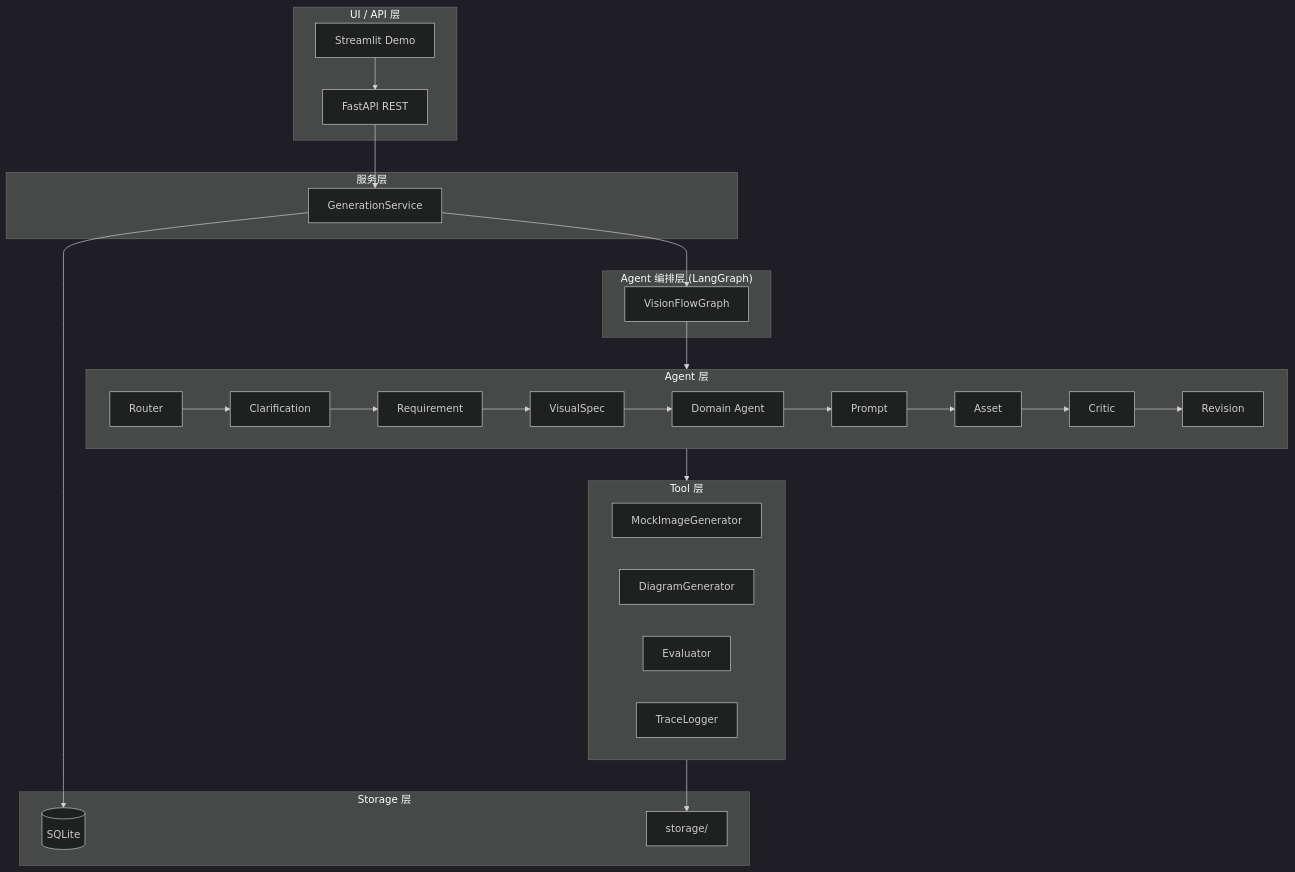
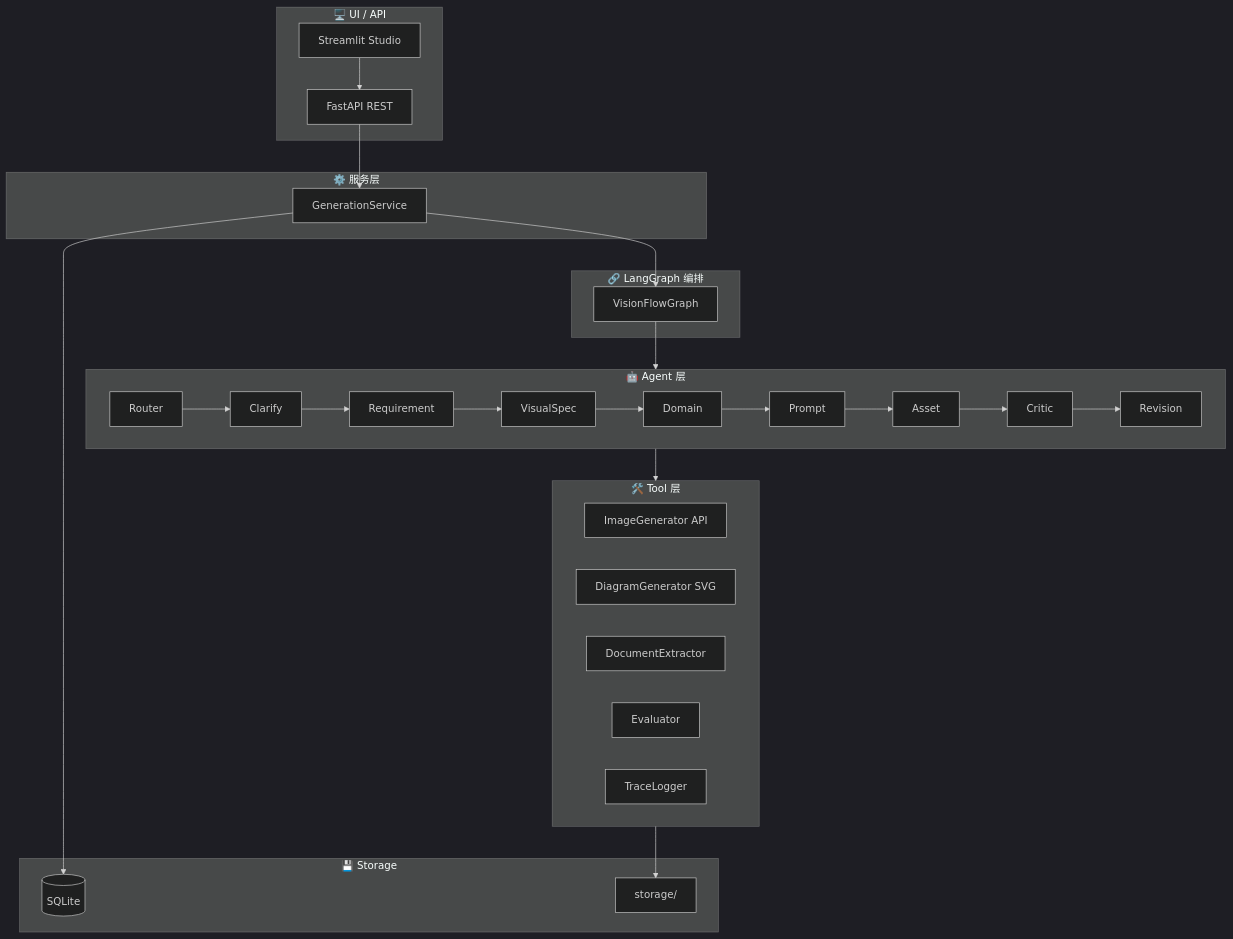
The second of 2 diagrams in README.md (skywalker767/Spec2Vision), drawn with Mermaid (dark theme) before and after one commit. The commit also changed other lines of this file, not shown here.

Commit message:
docs: redesign README for Spec2Vision

````diff
--- a/README.md
+++ b/README.md
@@ -63,46 +153,44 @@
 ```mermaid
 graph TB
-    subgraph UI["UI / API 层"]
-        ST[Streamlit Demo]
+    subgraph UI["🖥️ UI / API"]
+        ST[Streamlit Studio]
         API[FastAPI REST]
     end
 
-    subgraph Service["服务层"]
+    subgraph Service["⚙️ 服务层"]
         GS[GenerationService]
     end
 
-    subgraph Graph["Agent 编排层 (LangGraph)"]
-        RG[VisionFlowGraph]
+    subgraph Graph["🔗 LangGraph 编排"]
+        VG[VisionFlowGraph]
     end
 
-    subgraph Agents["Agent 层"]
-        R[Router] --> CL[Clarification]
+    subgraph Agents["🤖 Agent 层"]
+        direction LR
+        R[Router] --> CL[Clarify]
         CL --> REQ[Requirement]
         REQ --> VS[VisualSpec]
-        VS --> DOM[Domain Agent]
+        VS --> DOM[Domain]
         DOM --> PR[Prompt]
         PR --> AST[Asset]
         AST --> CR[Critic]
         CR --> RV[Revision]
     end
 
-    subgraph Tools["Tool 层"]
-        IMG[MockImageGenerator]
-        DIA[DiagramGenerator]
+    subgraph Tools["🛠️ Tool 层"]
+        IMG[ImageGenerator API]
+        DIA[DiagramGenerator SVG]
+        DOC[DocumentExtractor]
         EVA[Evaluator]
         LOG[TraceLogger]
     end
 
-    subgraph Storage["Storage 层"]
+    subgraph Storage["💾 Storage"]
         DB[(SQLite)]
         FS[storage/]
     end
 
-    ST --> API
-    API --> GS
-    GS --> RG
-    RG --> Agents
-    Agents --> Tools
+    ST --> API --> GS --> VG --> Agents
+    Agents --> Tools --> FS
     GS --> DB
-    Tools --> FS
 ```
````
